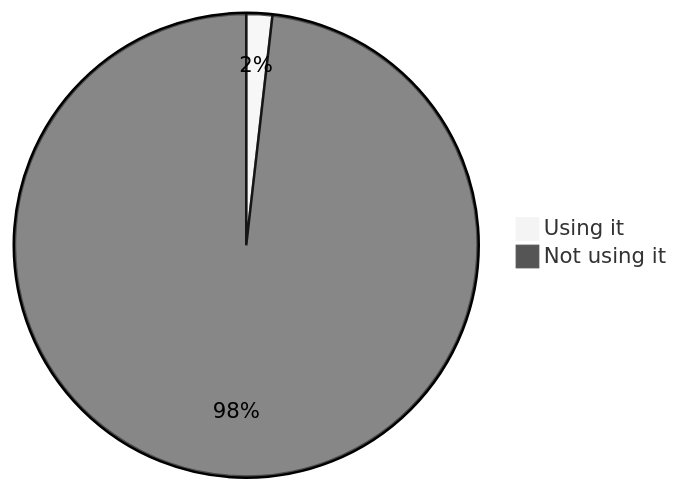
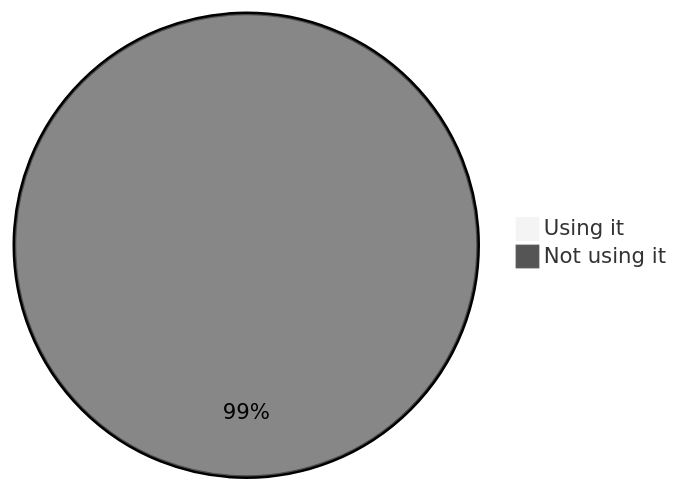
The ninth of 22 diagrams in stats.md (oshp/oshp-stats), drawn with Mermaid (neutral theme) before and after one commit. The commit also changed other lines of this file, not shown here.

````diff
--- a/stats.md
+++ b/stats.md
@@ -94,6 +106,6 @@
 ```mermaid
 pie
-	"Using it" : 1.81
-	"Not using it" : 98.19
+	"Using it" : 0.69
+	"Not using it" : 99.31
 
 ```
````
